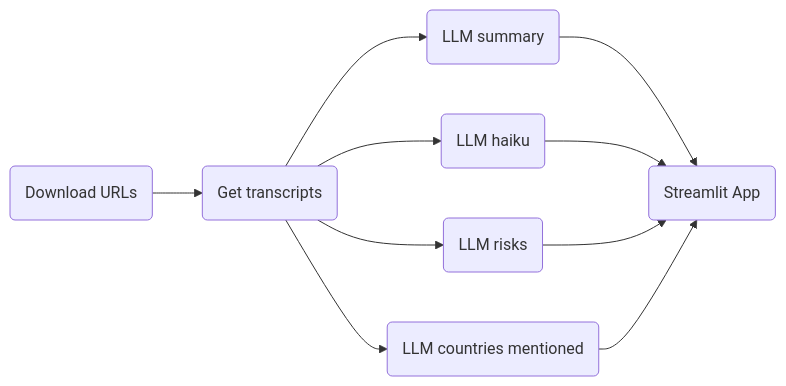
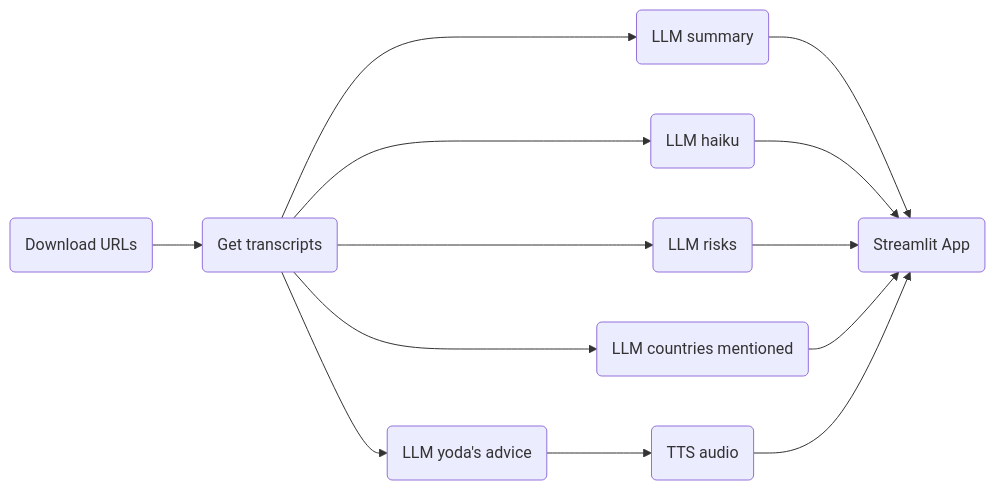
Before and after one commit to darenasc/unga79: the diagram in README.md, drawn with Mermaid. The commit also changed other lines of this file and 8 other files, not shown here.

Commit message:
Add audio to app

````diff
--- a/README.md
+++ b/README.md
@@ -10,12 +12,15 @@
 ```mermaid
 flowchart LR
     data_collection(Download URLs) --> transcripts(Get transcripts)
     transcripts --> summary(LLM summary)
     transcripts --> haiku(LLM haiku)
     transcripts --> risks(LLM risks)
     transcripts --> other_countries(LLM countries mentioned)
+    transcripts --> yoda(LLM yoda's advice)
     summary --> streamlit(Streamlit App)
     haiku --> streamlit(Streamlit App)
     risks --> streamlit(Streamlit App)
     other_countries --> streamlit(Streamlit App)
+    yoda --> TTS(TTS audio)
+    TTS --> streamlit(Streamlit App)
 ```
````
